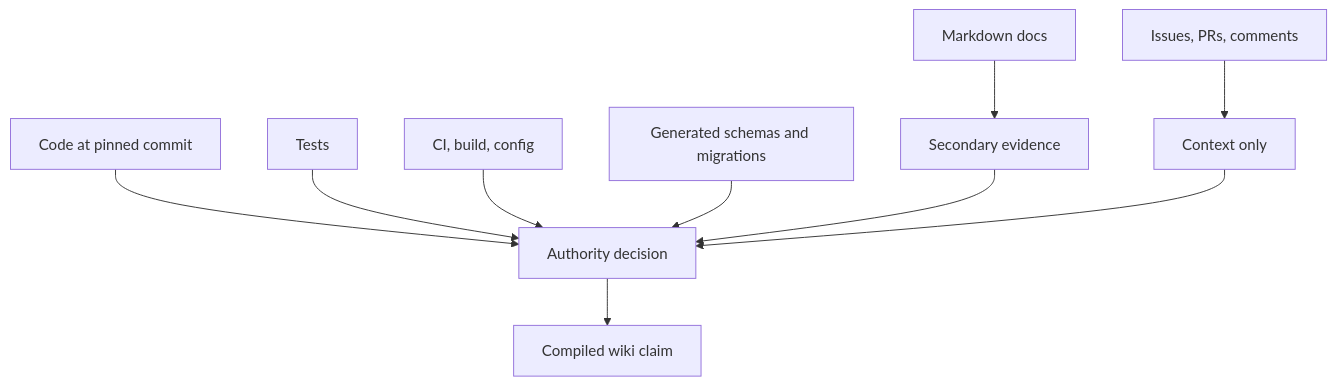
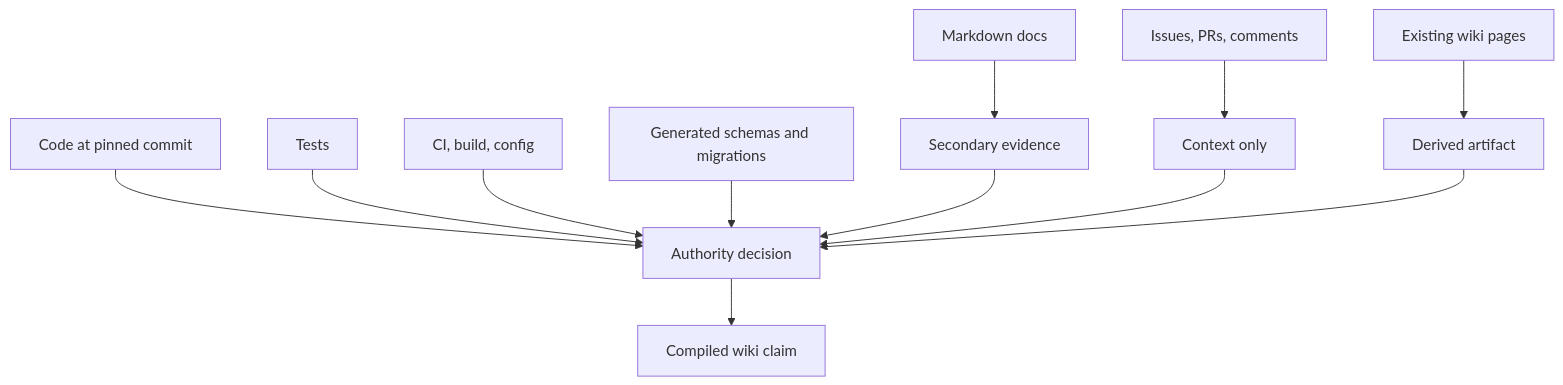
The third of 10 diagrams in docs/PLAN.md (mfittko/repo-wiki), drawn with Mermaid before and after one commit. The commit also changed other lines of this file and 2 other files, not shown here.

Commit message:
docs: align plan with LLM wiki pattern

````diff
--- a/docs/PLAN.md
+++ b/docs/PLAN.md
@@ -75,12 +138,14 @@
 ```mermaid
 flowchart TB
   Code[Code at pinned commit] --> Authority[Authority decision]
   Tests[Tests] --> Authority
   CI[CI, build, config] --> Authority
   Schemas[Generated schemas and migrations] --> Authority
   Docs[Markdown docs] --> Secondary[Secondary evidence]
   Secondary --> Authority
   Issues[Issues, PRs, comments] --> Context[Context only]
   Context --> Authority
+  Wiki[Existing wiki pages] --> Derived[Derived artifact]
+  Derived --> Authority
   Authority --> WikiClaim[Compiled wiki claim]
 ```
````
